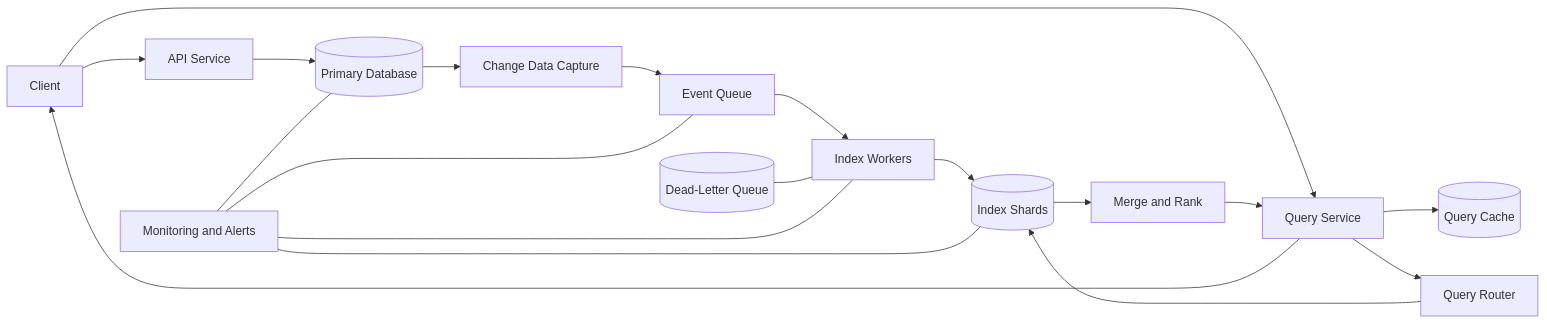
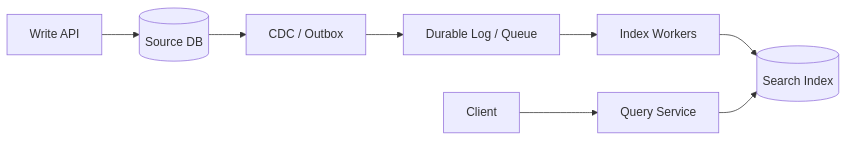
Before and after one commit to ektadubey3/backend-system-design: the diagram in databases/sql/indexing.md, drawn with Mermaid. The commit also changed other lines of this file and 18 other files, not shown here.

````diff
--- a/databases/sql/indexing.md
+++ b/databases/sql/indexing.md
@@ -107,25 +345,10 @@
 ```mermaid
 flowchart LR
-    C[Client] --> API[API Service]
-
-    API --> DB[(Primary Database)]
-    DB --> CDC[Change Data Capture]
-    CDC --> Q[Event Queue]
-    Q --> IW[Index Workers]
-    IW --> IS[(Index Shards)]
-
-    C --> QS[Query Service]
-    QS --> Cache[(Query Cache)]
-    QS --> R[Query Router]
-    R --> IS
-
-    IS --> MR[Merge and Rank]
-    MR --> QS
-    QS --> C
-
-    DLQ[(Dead-Letter Queue)] --- IW
-    MON[Monitoring and Alerts] --- DB
-    MON --- Q
-    MON --- IW
-    MON --- IS
+    API[Write API] --> DB[(Source DB)]
+    DB --> CDC[CDC / Outbox]
+    CDC --> Q[Durable Log / Queue]
+    Q --> W[Index Workers]
+    W --> IDX[(Search Index)]
+    Client --> QS[Query Service]
+    QS --> IDX
 ```
````
